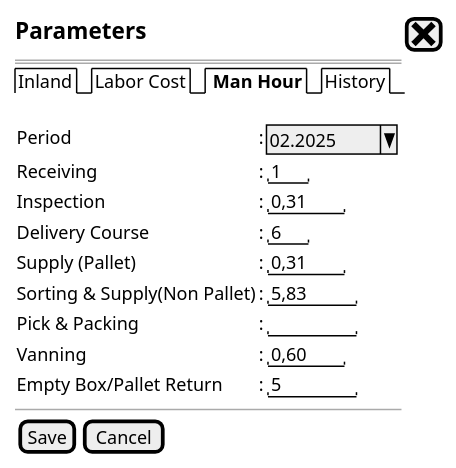
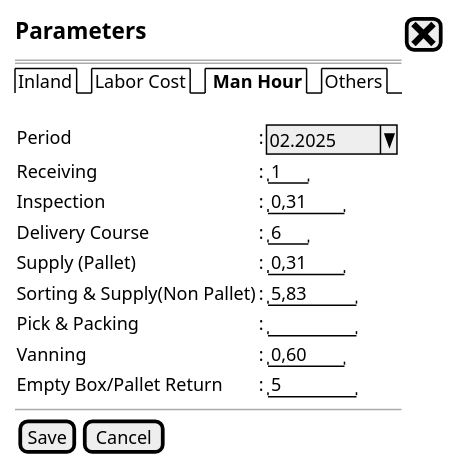
Before and after one commit to ari-fikri/packing-cost-mockup: the diagram in params/param_man_hour.puml, drawn with PlantUML. The commit also changed 2 other files, not shown here.

Commit message:
Add param others to hold max submission date

```diff
--- a/params/param_man_hour.puml
+++ b/params/param_man_hour.puml
@@ -1,30 +1,30 @@
 @startsalt
 {
 <size:15><b>Parameters|[<size:25><&x>]|*
 ==
-{/ Inland | Labor Cost |<b> Man Hour | History}*
+{/ Inland | Labor Cost |<b> Man Hour | Others}*
   
   .
   {
     |Period                         |:|^ 02.2025 ^|*
     |Receiving                      |:|" 1 "|*
     |Inspection                     |:|" 0,31 "|*
     |Delivery Course                |:|" 6 "|*
     |Supply (Pallet)                |:|" 0,31 "|*
     |Sorting & Supply(Non Pallet)   |:|" 5,83  "|*
     |Pick & Packing                 |:|"       "|*
     |Vanning                        |:|" 0,60 "|*
     |Empty Box/Pallet Return        |:|" 5     "|*
   }
   --
   {
     [Save]|[Cancel]
   }
 
 
 
 
 
 
 }
 @endsalt
```
